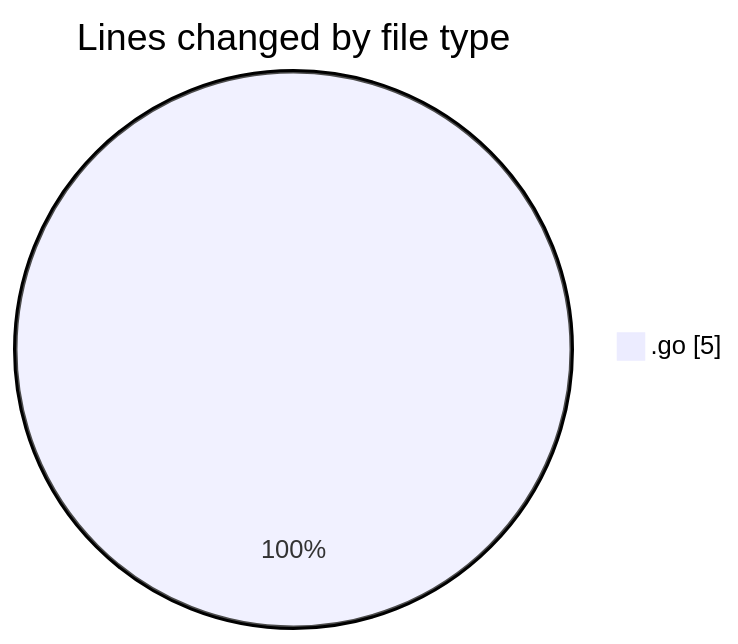
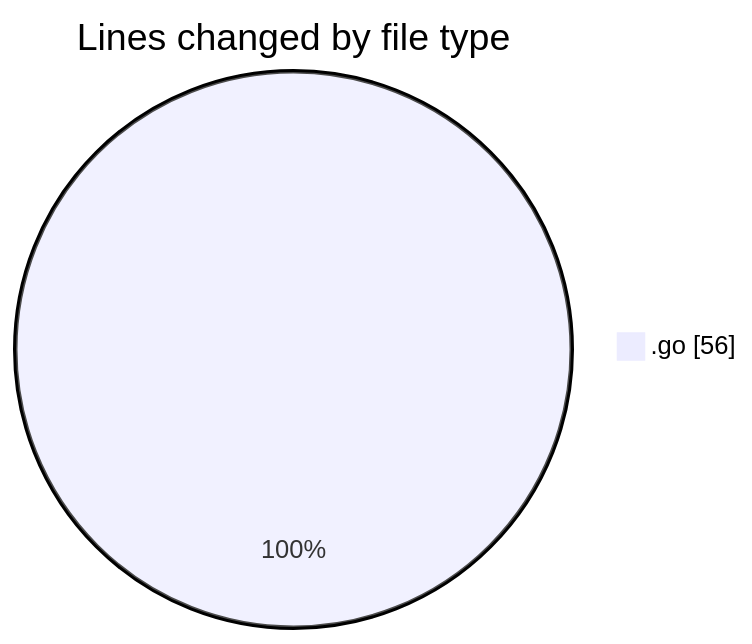
One commit to Ritupan-Deka/code-tracking changed the first of 2 diagrams in 2025-11-01/backend/README.md. Above: the diagram before and after it, drawn with Mermaid. The commit also changed other lines of this file and 1 other file, not shown here.

````diff
--- a/2025-11-01/backend/README.md
+++ b/2025-11-01/backend/README.md
@@ -20,5 +20,5 @@
 ```mermaid
 pie showData
 title Lines changed by file type
-".go" : 5
+".go" : 56
 ```
````
